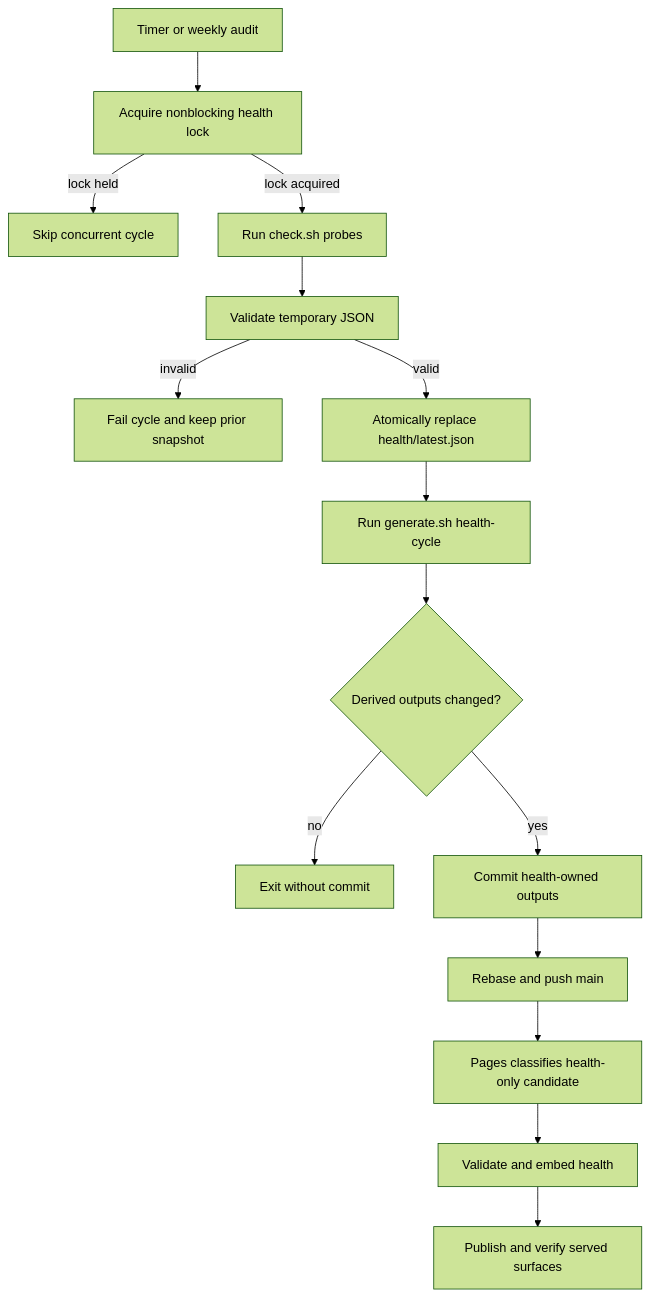
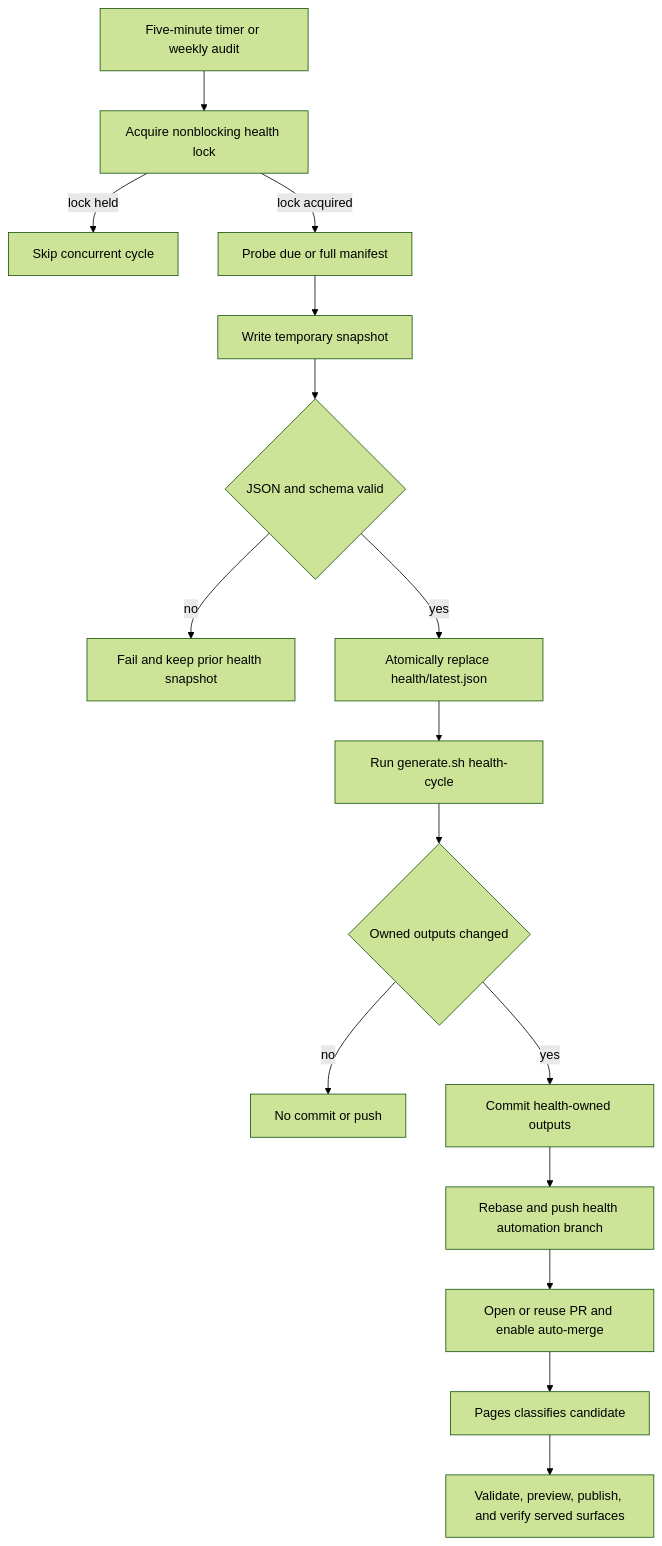
One commit to r3dz4r/datapulse-my changed the first of 2 diagrams in openwiki/operations.md. Above: the diagram before and after it, drawn with Mermaid (forest theme). The commit also changed other lines of this file and 4 other files, not shown here.

````diff
--- a/openwiki/operations.md
+++ b/openwiki/operations.md
@@ -91,17 +94,18 @@
 ```mermaid
 flowchart TD
-    A[Timer or weekly audit] --> B[Acquire nonblocking health lock]
+    A[Five-minute timer or weekly audit] --> B[Acquire nonblocking health lock]
     B -->|lock held| C[Skip concurrent cycle]
-    B -->|lock acquired| D[Run check.sh probes]
-    D --> E[Validate temporary JSON]
-    E -->|invalid| F[Fail cycle and keep prior snapshot]
-    E -->|valid| G[Atomically replace health/latest.json]
-    G --> H[Run generate.sh health-cycle]
-    H --> I{Derived outputs changed?}
-    I -->|no| J[Exit without commit]
-    I -->|yes| K[Commit health-owned outputs]
-    K --> L[Rebase and push main]
-    L --> M[Pages classifies health-only candidate]
-    M --> N[Validate and embed health]
-    N --> O[Publish and verify served surfaces]
+    B -->|lock acquired| D[Probe due or full manifest]
+    D --> E[Write temporary snapshot]
+    E --> F{JSON and schema valid}
+    F -->|no| G[Fail and keep prior health snapshot]
+    F -->|yes| H[Atomically replace health/latest.json]
+    H --> I[Run generate.sh health-cycle]
+    I --> J{Owned outputs changed}
+    J -->|no| K[No commit or push]
+    J -->|yes| L[Commit health-owned outputs]
+    L --> M[Rebase and push health automation branch]
+    M --> N[Open or reuse PR and enable auto-merge]
+    N --> O[Pages classifies candidate]
+    O --> P[Validate, preview, publish, and verify served surfaces]
 ```
````
